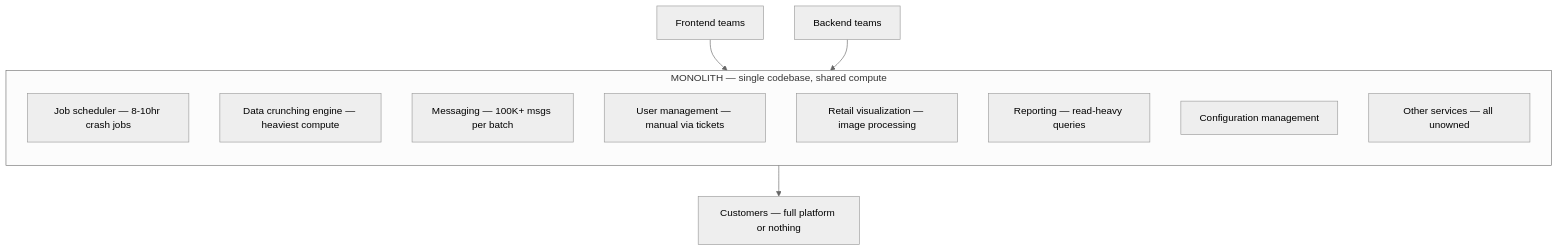
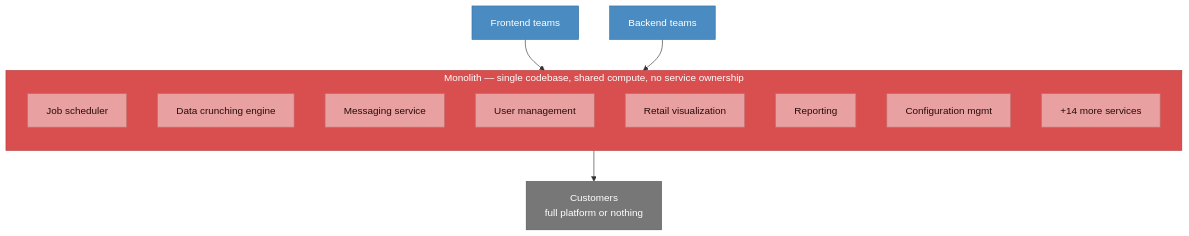
One commit to ShashwatSharmaPM/platform-decomposition-api-marketplace changed the first of 3 diagrams in diagrams/before-state.md. Above: the diagram before and after it, drawn with Mermaid. The commit also changed other lines of this file, not shown here.

````diff
--- a/diagrams/before-state.md
+++ b/diagrams/before-state.md
@@ -5,20 +5,29 @@
 ```mermaid
-%%{init: {'theme': 'neutral'}}%%
 graph TD
     FE[Frontend teams] --> MONO
     BE[Backend teams] --> MONO
 
-    subgraph MONO["MONOLITH — single codebase, shared compute"]
+    subgraph MONO[" Monolith — single codebase, shared compute, no service ownership "]
         direction TB
-        SVC1[Job scheduler — 8-10hr crash jobs]
-        SVC2[Data crunching engine — heaviest compute]
-        SVC3[Messaging — 100K+ msgs per batch]
-        SVC4[User management — manual via tickets]
-        SVC5[Retail visualization — image processing]
-        SVC6[Reporting — read-heavy queries]
-        SVC7[Configuration management]
-        SVC8[Other services — all unowned]
+        JS[Job scheduler]
+        DC[Data crunching engine]
+        MSG[Messaging service]
+        UM[User management]
+        RV[Retail visualization]
+        RPT[Reporting]
+        CFG[Configuration mgmt]
+        MORE[+14 more services]
     end
 
-    MONO --> CUST[Customers — full platform or nothing]
+    MONO --> CUST[Customers<br/>full platform or nothing]
+
+    classDef mono fill:#d94f4f,color:#fff,stroke:#b33a3a
+    classDef svc fill:#e8a0a0,color:#2a0a0a,stroke:#c27070
+    classDef ext fill:#4a8bc2,color:#fff,stroke:#3670a0
+    classDef cust fill:#777,color:#fff,stroke:#555
+
+    class MONO mono
+    class JS,DC,MSG,UM,RV,RPT,CFG,MORE svc
+    class FE,BE ext
+    class CUST cust
 ```
````
